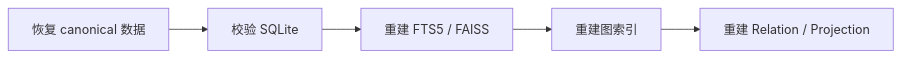
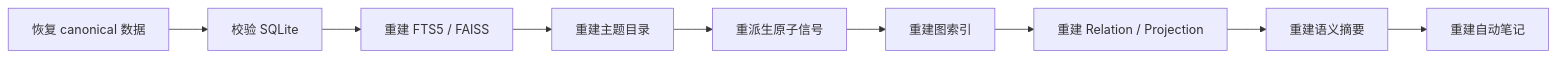
One commit to INSide-734/astrbot_plugin_memora changed the diagram in website/docs/operations/backup-recovery.md. Above: the diagram before and after it, drawn with Mermaid. The commit also changed other lines of this file and 11 other files, not shown here.

````diff
--- a/website/docs/operations/backup-recovery.md
+++ b/website/docs/operations/backup-recovery.md
@@ -29,7 +29,11 @@
 ```mermaid
 flowchart LR
     Restore["恢复 canonical 数据"] --> Verify["校验 SQLite"]
     Verify --> Search["重建 FTS5 / FAISS"]
-    Search --> Graph["重建图索引"]
+    Search --> Catalog["重建主题目录"]
+    Catalog --> Atoms["重派生原子信号"]
+    Atoms --> Graph["重建图索引"]
     Graph --> Derived["重建 Relation / Projection"]
+    Derived --> Compression["重建语义摘要"]
+    Compression --> Notes["重建自动笔记"]
 ```
````
